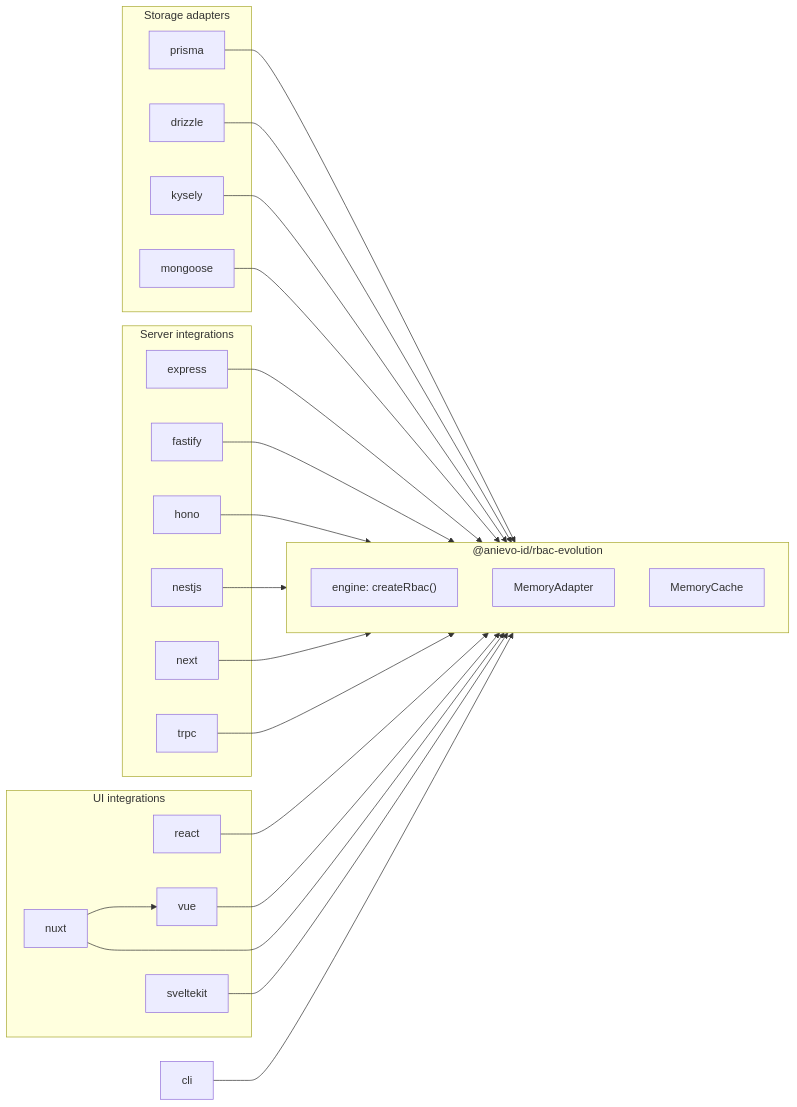
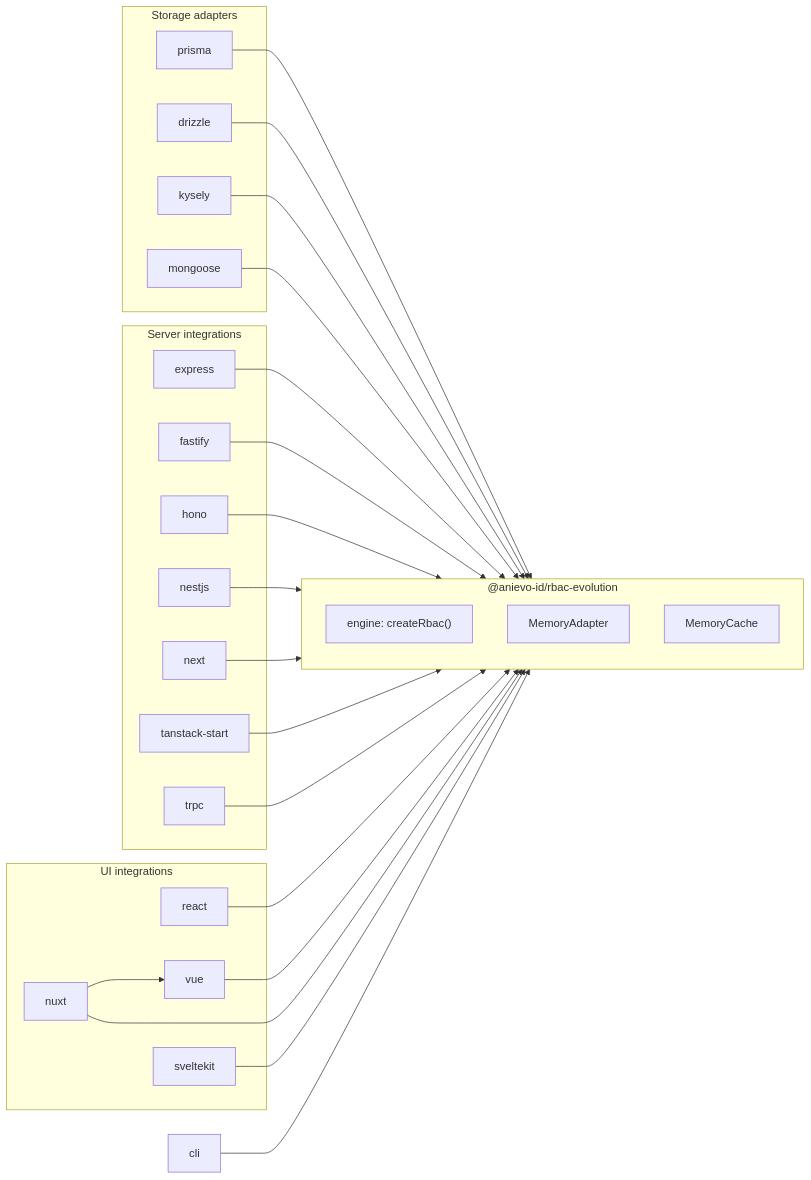
Before and after one commit to AniEvo-ID/rbac-evolution: the first of 8 diagrams in docs/guide/how-it-works.md, drawn with Mermaid. The commit also changed other lines of this file and 27 other files, not shown here.

First line of the commit message:
feat(tanstack-start): add the TanStack Start integration (new package) (#112)

````diff
--- a/docs/guide/how-it-works.md
+++ b/docs/guide/how-it-works.md
@@ -17,50 +17,52 @@
 ```mermaid
 flowchart LR
   subgraph adapters["Storage adapters"]
     prisma["prisma"]
     drizzle["drizzle"]
     kysely["kysely"]
     mongoose["mongoose"]
   end
 
   subgraph core["@anievo-id/rbac-evolution"]
     engine["engine: createRbac()"]
     memory["MemoryAdapter"]
     cache["MemoryCache"]
   end
 
   subgraph server["Server integrations"]
     express["express"]
     fastify["fastify"]
     hono["hono"]
     nestjs["nestjs"]
     next["next"]
+    tanstack["tanstack-start"]
     trpc["trpc"]
   end
 
   subgraph ui["UI integrations"]
     react["react"]
     vue["vue"]
     nuxt["nuxt"]
     sveltekit["sveltekit"]
   end
 
   cli["cli"]
 
   prisma --> core
   drizzle --> core
   kysely --> core
   mongoose --> core
   express --> core
   fastify --> core
   hono --> core
   nestjs --> core
   next --> core
+  tanstack --> core
   trpc --> core
   react --> core
   vue --> core
   nuxt --> core
   nuxt --> vue
   sveltekit --> core
   cli --> core
 ```
````
